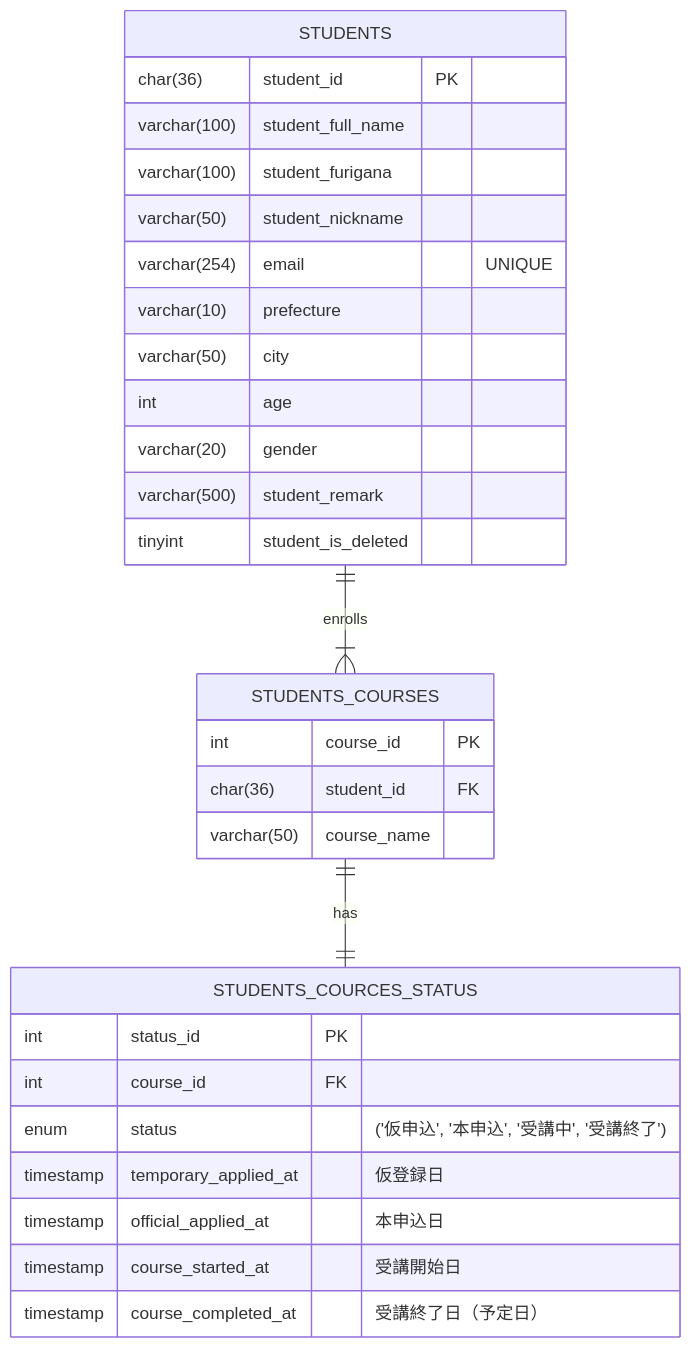
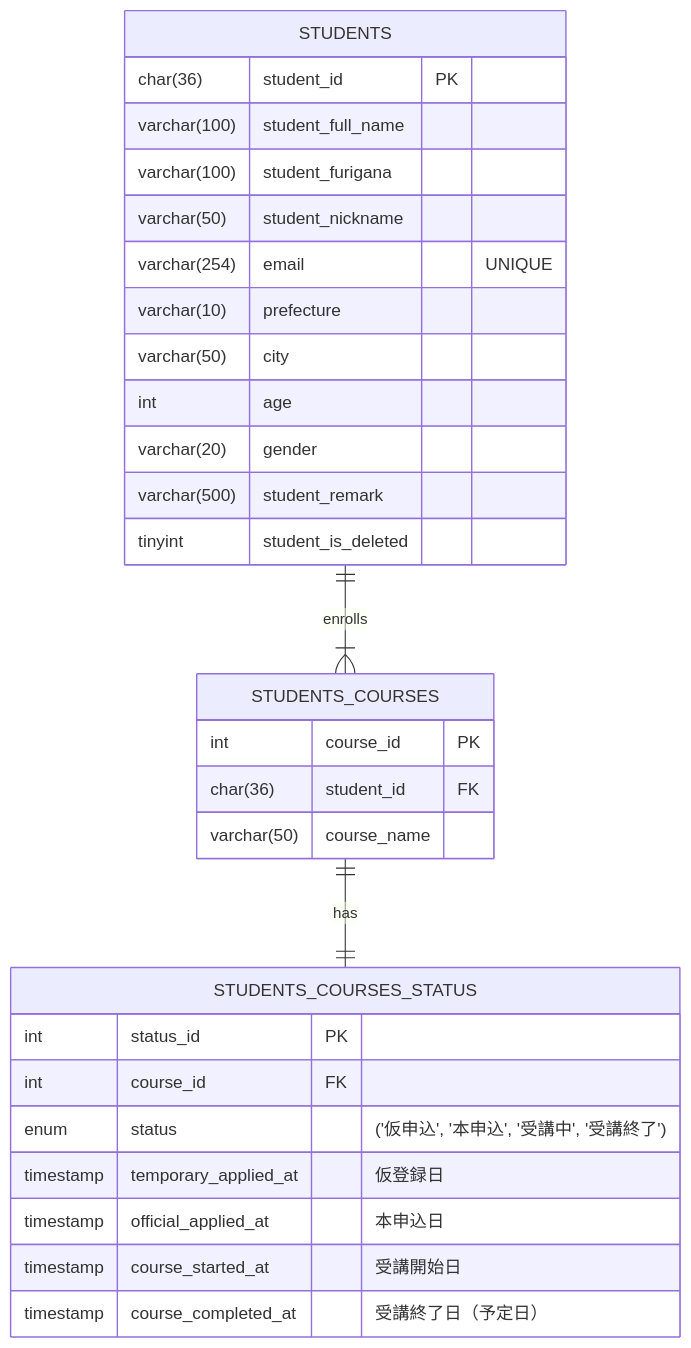
The first of 4 diagrams in README.md (anmitsu-nagaya/StudentManagement), drawn with Mermaid before and after one commit. The commit also changed other lines of this file, not shown here.

````diff
--- a/README.md
+++ b/README.md
@@ -121,35 +121,35 @@
 ```mermaid
 erDiagram
   STUDENTS ||--|{ STUDENTS_COURSES : "enrolls"
-  STUDENTS_COURSES ||--||STUDENTS_COURCES_STATUS: "has"
+  STUDENTS_COURSES ||--||STUDENTS_COURSES_STATUS: "has"
   
   STUDENTS {
     char(36) student_id PK
     varchar(100) student_full_name 
     varchar(100) student_furigana
     varchar(50) student_nickname
     varchar(254) email "UNIQUE"
     varchar(10) prefecture
     varchar(50) city
     int age
     varchar(20) gender
     varchar(500) student_remark
     tinyint student_is_deleted
   }
 
   STUDENTS_COURSES {
     int course_id PK
     char(36) student_id FK
     varchar(50) course_name
   }
 
-  STUDENTS_COURCES_STATUS {
+  STUDENTS_COURSES_STATUS {
     int status_id PK
     int course_id FK
     enum status "('仮申込', '本申込', '受講中', '受講終了')"
     timestamp temporary_applied_at "仮登録日"
     timestamp official_applied_at "本申込日"
     timestamp course_started_at "受講開始日"
     timestamp course_completed_at "受講終了日（予定日）"
   }
 ```
````
